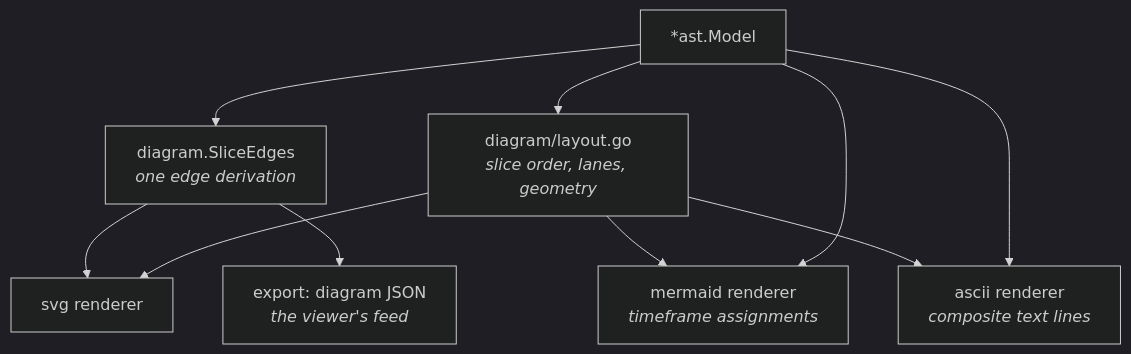
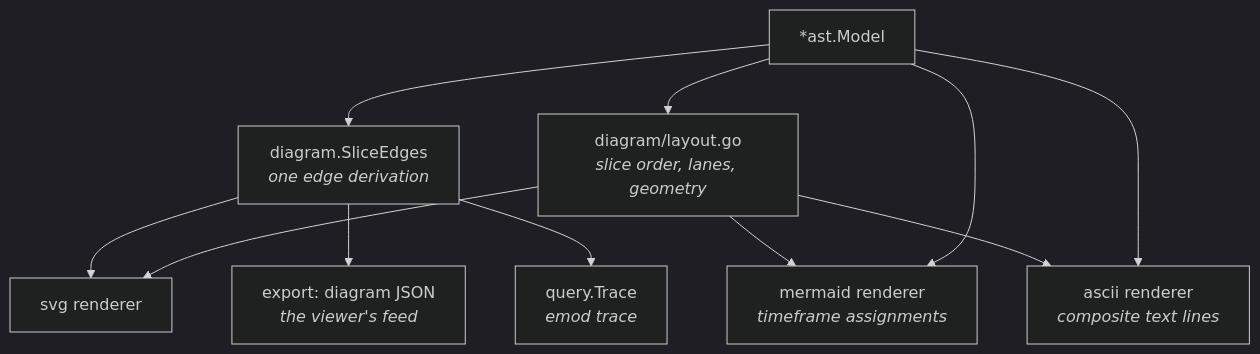
Before and after one commit to hpcsc/emod: the third of 4 diagrams in docs/architecture.md, drawn with Mermaid (dark theme). The commit also changed other lines of this file and 7 other files, not shown here.

First line of the commit message:
Add emod trace

````diff
--- a/docs/architecture.md
+++ b/docs/architecture.md
@@ -171,14 +172,15 @@
 ```mermaid
 flowchart TD
     M["*ast.Model"] --> SE["diagram.SliceEdges<br/><i>one edge derivation</i>"]
     M --> LAY["diagram/layout.go<br/><i>slice order, lanes, geometry</i>"]
 
     SE --> SVG["svg renderer"]
     SE --> DJSON["export: diagram JSON<br/><i>the viewer's feed</i>"]
+    SE --> TRACE["query.Trace<br/><i>emod trace</i>"]
     LAY --> SVG
     LAY --> MERMAID
     LAY --> ASCII
 
     M --> ASCII["ascii renderer<br/><i>composite text lines</i>"]
     M --> MERMAID["mermaid renderer<br/><i>timeframe assignments</i>"]
 ```
````
